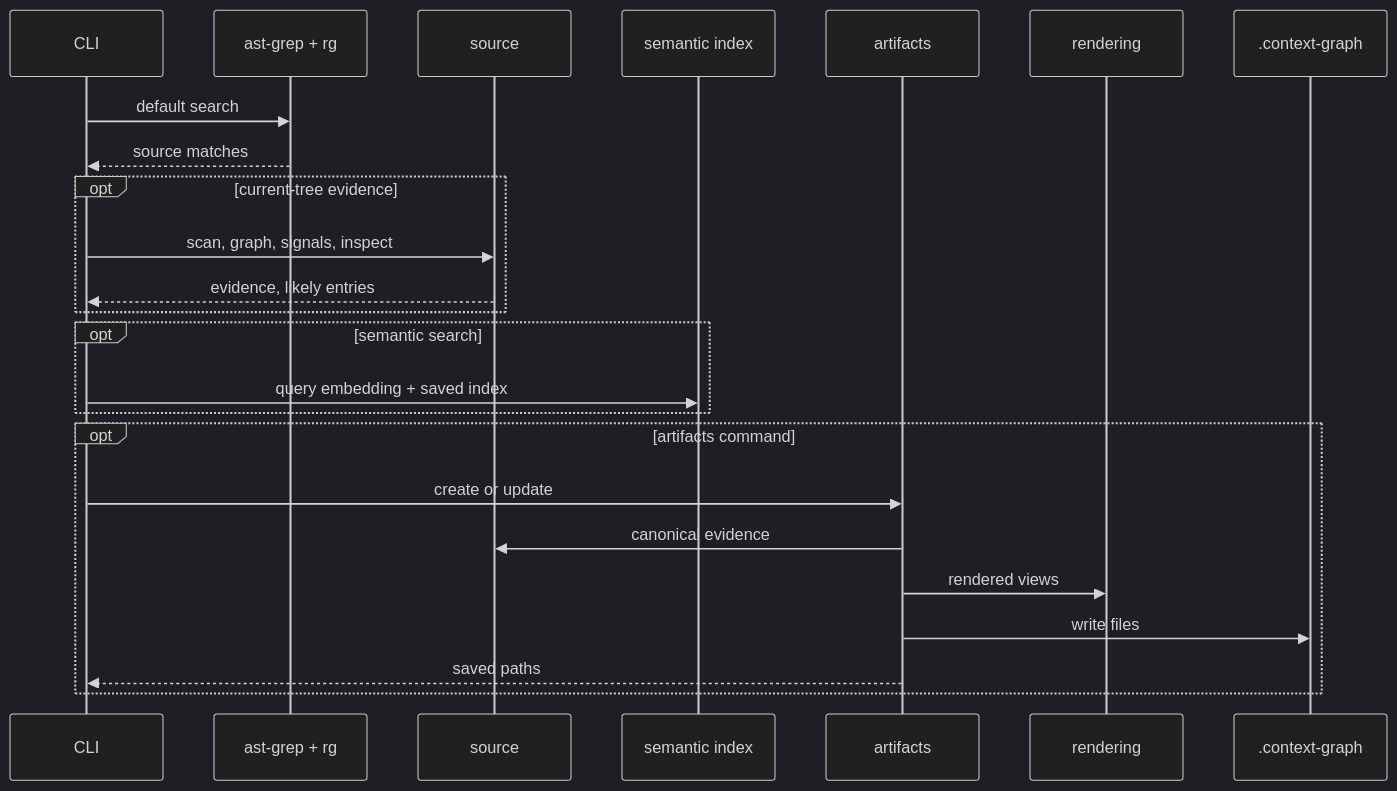
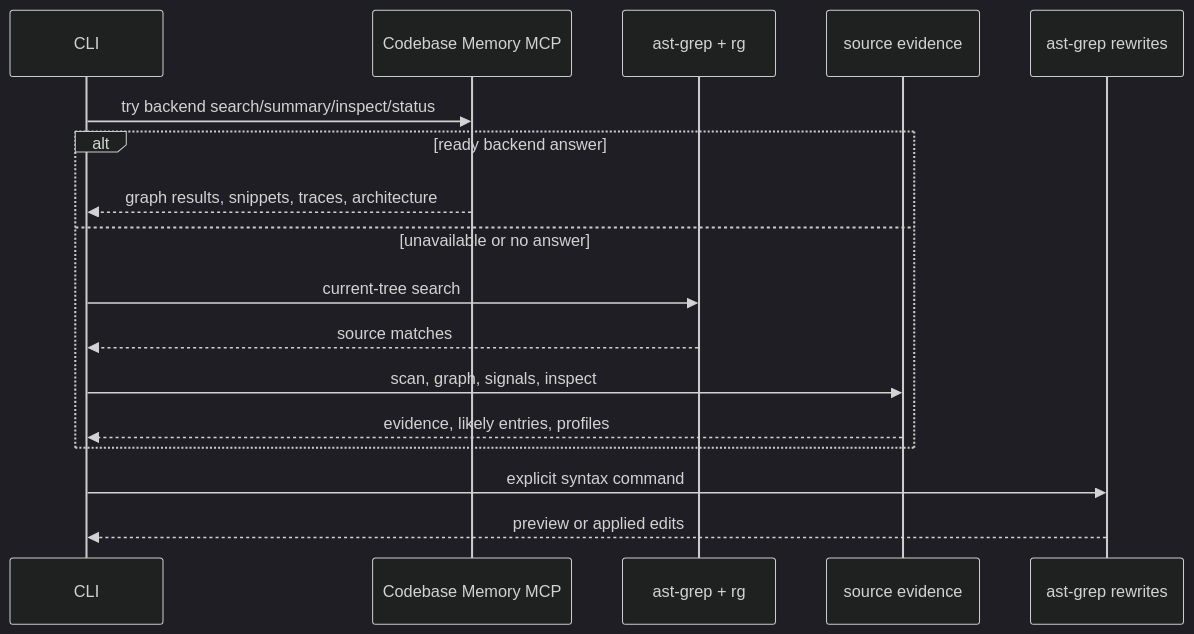
Before and after one commit to teron131/codemap: the first of 2 diagrams in README.md, drawn with Mermaid (dark theme). The commit also changed other lines of this file and 37 other files, not shown here.

Commit message:
Remove persistent artifact and semantic-index storage

````diff
--- a/README.md
+++ b/README.md
@@ -102,27 +41,20 @@
 ```mermaid
 sequenceDiagram
     participant CLI
+    participant Backend as Codebase Memory MCP
     participant Search as ast-grep + rg
-    participant Source as source
-    participant Semantic as semantic index
-    participant Artifacts as artifacts
-    participant Rendering as rendering
-    participant Store as .context-graph
+    participant Source as source evidence
+    participant Syntax as ast-grep rewrites
 
-    CLI->>Search: default search
-    Search-->>CLI: source matches
-    opt current-tree evidence
+    CLI->>Backend: try backend search/summary/inspect/status
+    alt ready backend answer
+        Backend-->>CLI: graph results, snippets, traces, architecture
+    else unavailable or no answer
+        CLI->>Search: current-tree search
+        Search-->>CLI: source matches
         CLI->>Source: scan, graph, signals, inspect
-        Source-->>CLI: evidence, likely entries
+        Source-->>CLI: evidence, likely entries, profiles
     end
-    opt semantic search
-        CLI->>Semantic: query embedding + saved index
-    end
-    opt artifacts command
-        CLI->>Artifacts: create or update
-        Artifacts->>Source: canonical evidence
-        Artifacts->>Rendering: rendered views
-        Artifacts->>Store: write files
-        Artifacts-->>CLI: saved paths
-    end
+    CLI->>Syntax: explicit syntax command
+    Syntax-->>CLI: preview or applied edits
 ```
````
